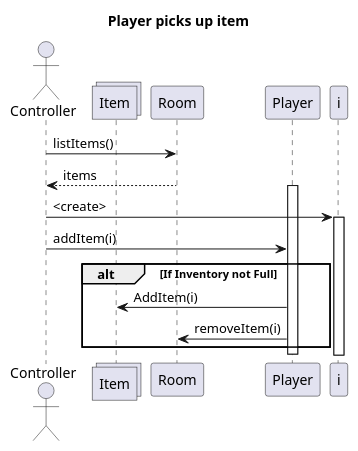
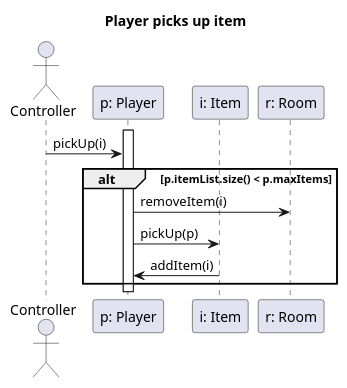
The diagram in docs/targyfelvetel.plantuml (MBakter/echo), drawn with PlantUML before and after one commit. The commit also changed 3 other files, not shown here.

```diff
--- a/docs/targyfelvetel.plantuml
+++ b/docs/targyfelvetel.plantuml
@@ -1,20 +1,17 @@
-@startuml
+@startuml pickupItem
 title Player picks up item
 
 actor Controller as c
-collections Item
-
-c -> Room : listItems()
-Room --> c : items
+participant "p: Player" as Player
+participant "i: Item" as Item
+participant "r: Room" as Room
 
 Activate Player
-c -> i : <create>
-activate i
-c -> Player : addItem(i)
-Alt If Inventory not Full
-Player -> Item : AddItem(i)
-Player -> Room : removeItem(i)
+c -> Player : pickUp(i)
+alt p.itemList.size() < p.maxItems
+  Player -> Room : removeItem(i)
+  Player -> Item : pickUp(p)
+  Item -> Player: addItem(i)
 end
-Deactivate Player
-    
+
 @enduml
```
